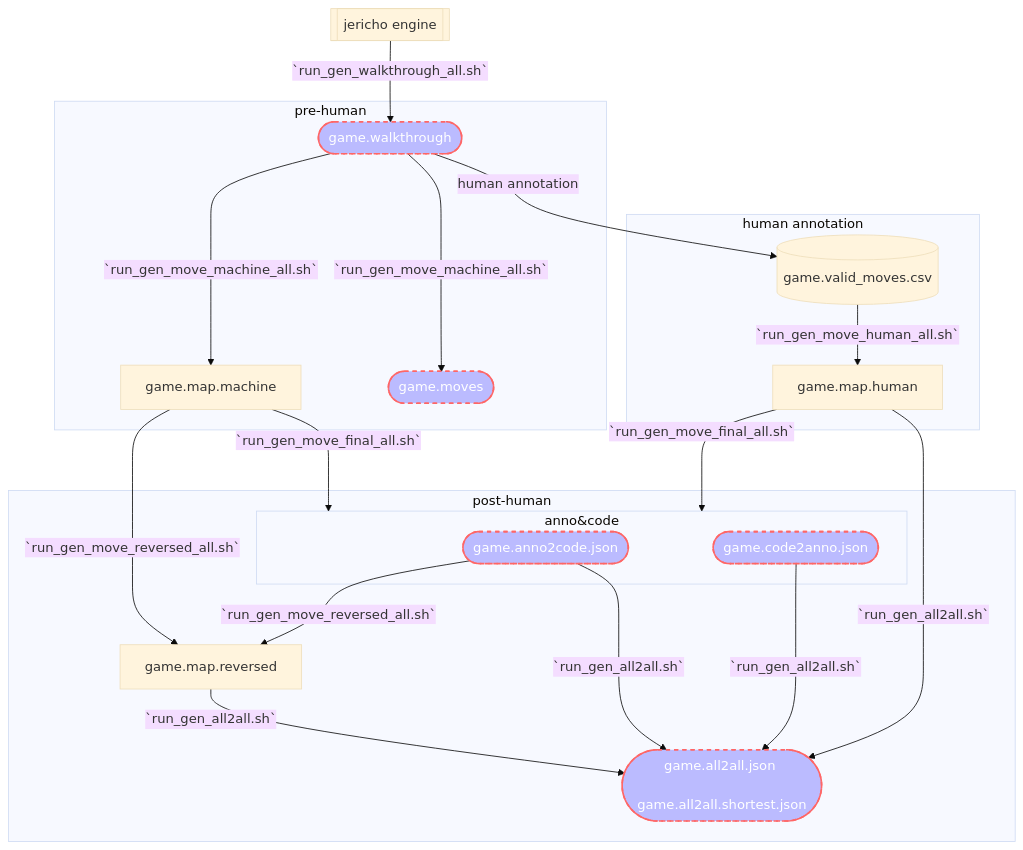
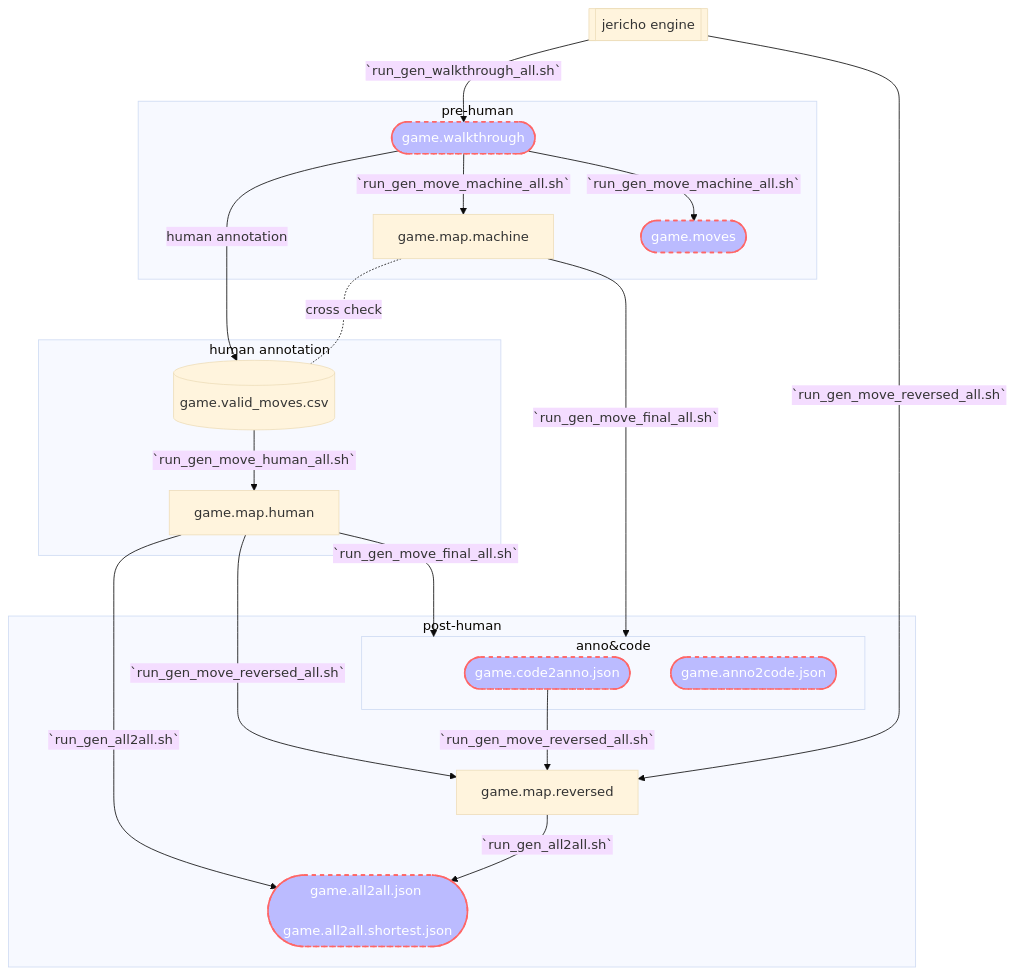
One commit to Oaklight/mango changed the diagram in scripts/README.md. Above: the diagram before and after it, drawn with Mermaid (base theme).

Commit message:
update pipeline mermaid figure

````diff
--- a/scripts/README.md
+++ b/scripts/README.md
@@ -96,36 +96,37 @@
 ```mermaid
 flowchart TB
 A[[jericho engine]] --> |`run_gen_walkthrough_all.sh`| B([game.walkthrough])
 B --> |human annotation| C[(game.valid_moves.csv)]
-B ---> |`run_gen_move_machine_all.sh`| D[game.map.machine] & E([game.moves])
+B --> |`run_gen_move_machine_all.sh`| D[game.map.machine] & E([game.moves])
 C --> |`run_gen_move_human_all.sh`| F[game.map.human]
-D & G--> |`run_gen_move_reversed_all.sh`| H[game.map.reversed]
+D -.- |cross check| C
 D & F --> |`run_gen_move_final_all.sh`| anno&code
-H & G & J & F --> |`run_gen_all2all.sh`| I([game.all2all.json \n game.all2all.shortest.json])
+H & F --> |`run_gen_all2all.sh`| I([game.all2all.json \n game.all2all.shortest.json])
+F & J & A --> |`run_gen_move_reversed_all.sh`| H[game.map.reversed]
 
 subgraph "pre-human"
 B
 E
 D
 end
 
 subgraph "post-human"
-H
     subgraph anno&code
     J([game.code2anno.json])
     G([game.anno2code.json])
     end
+H
 I
 end
 
 subgraph "human annotation"
 F
 C
 end
 
 style B fill:#bbf,stroke:#f66,stroke-width:2px,color:#fff,stroke-dasharray: 5 5
 style E fill:#bbf,stroke:#f66,stroke-width:2px,color:#fff,stroke-dasharray: 5 5
 style G fill:#bbf,stroke:#f66,stroke-width:2px,color:#fff,stroke-dasharray: 5 5
 style J fill:#bbf,stroke:#f66,stroke-width:2px,color:#fff,stroke-dasharray: 5 5
 style I fill:#bbf,stroke:#f66,stroke-width:2px,color:#fff,stroke-dasharray: 5 5
 ```
````
